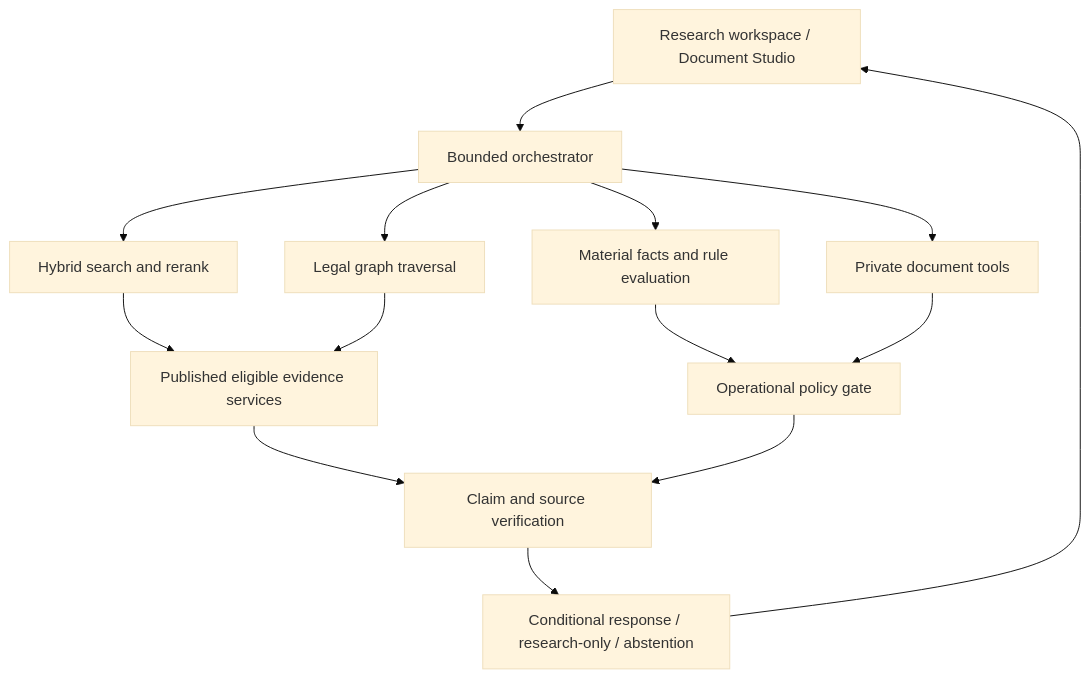
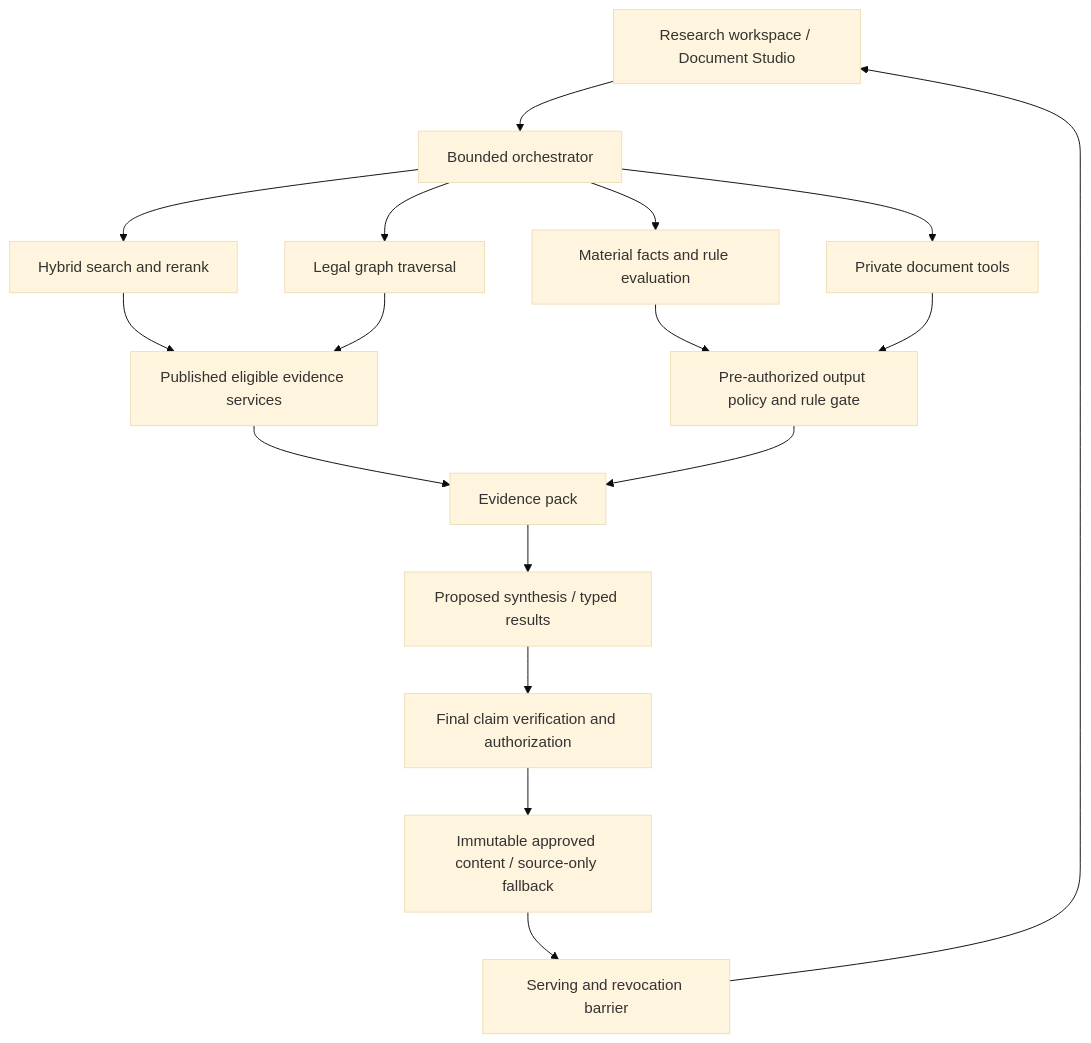
The diagram in docs/architecture/intelligence/AGENTIC_AI_ARCHITECTURE.md (hariomahlawat/mimamsa-corpus), drawn with Mermaid (base theme) before and after one commit. The commit also changed other lines of this file and 10 other files, not shown here.

Commit message:
docs: revise intelligence architecture for all 17 independent review findings

````diff
--- a/docs/architecture/intelligence/AGENTIC_AI_ARCHITECTURE.md
+++ b/docs/architecture/intelligence/AGENTIC_AI_ARCHITECTURE.md
@@ -9,16 +9,19 @@
 ```mermaid
 flowchart TD
   U[Research workspace / Document Studio] --> O[Bounded orchestrator]
   O --> H[Hybrid search and rerank]
   O --> G[Legal graph traversal]
   O --> F[Material facts and rule evaluation]
   O --> D[Private document tools]
   H --> S[Published eligible evidence services]
   G --> S
-  F --> V[Operational policy gate]
+  F --> V[Pre-authorized output policy and rule gate]
   D --> V
-  S --> E[Claim and source verification]
-  V --> E
-  E --> R[Conditional response / research-only / abstention]
+  S --> P[Evidence pack]
+  V --> P
+  P --> Y[Proposed synthesis / typed results]
+  Y --> E[Final claim verification and authorization]
+  E --> B[Immutable approved content / source-only fallback]
+  B --> R[Serving and revocation barrier]
   R --> U
 ```
````
